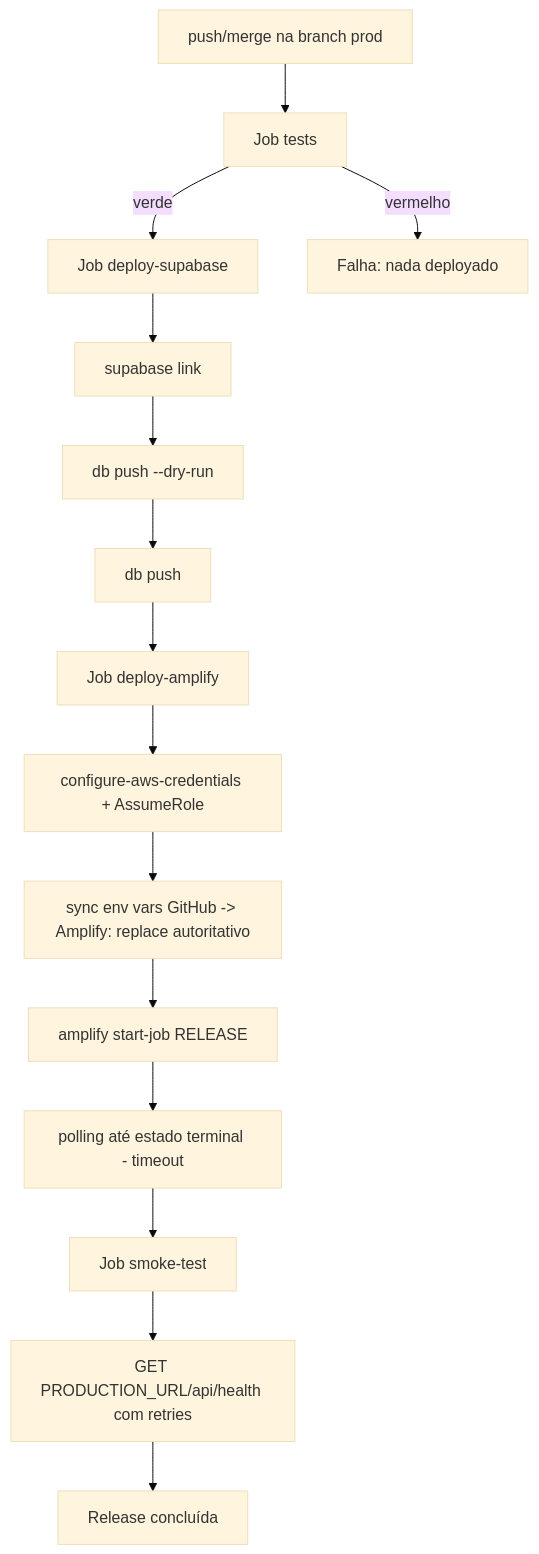
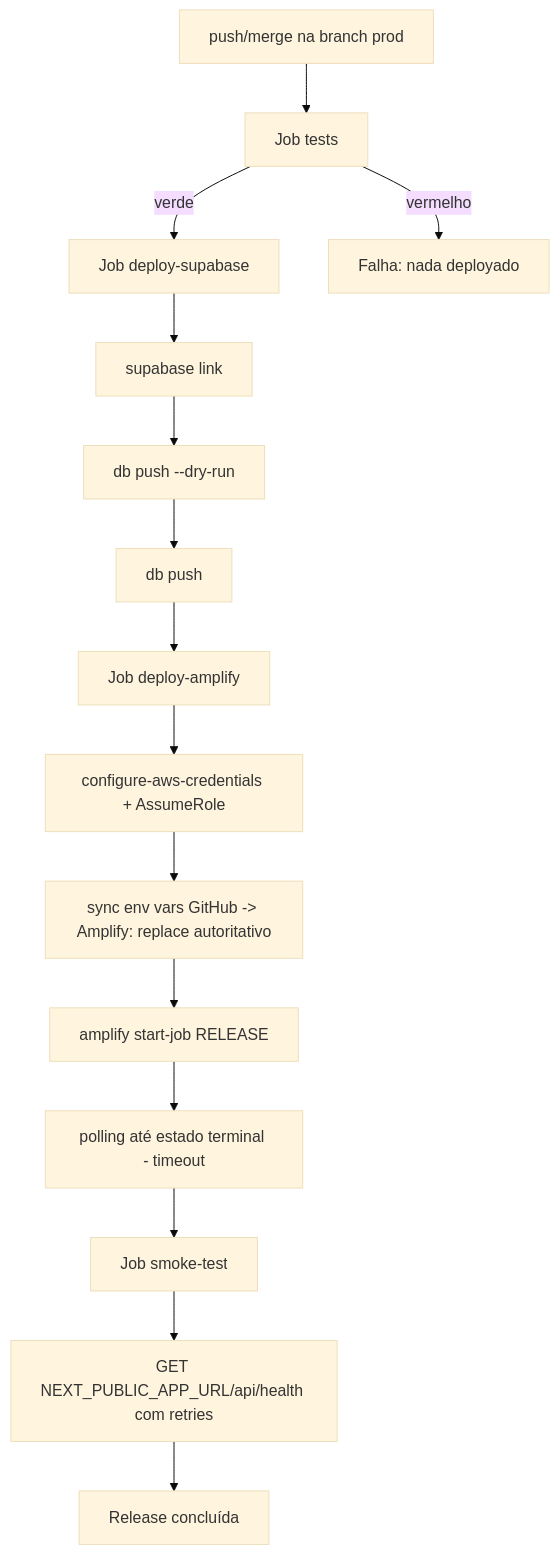
One commit to yaidEnterprise/yaid_dashboard changed the first of 2 diagrams in docs/deployment/production-cicd.md. Above: the diagram before and after it, drawn with Mermaid (base theme). The commit also changed other lines of this file and 6 other files, not shown here.

First line of the commit message:
docs(sprint-change-11): atualiza menções a PRODUCTION_URL e YAID_VERIFICATION_BASE_URL

````diff
--- a/docs/deployment/production-cicd.md
+++ b/docs/deployment/production-cicd.md
@@ -74,17 +74,17 @@
 ```mermaid
 flowchart TD
     A[push/merge na branch prod] --> B[Job tests]
     B -->|verde| C[Job deploy-supabase]
     B -->|vermelho| X[Falha: nada deployado]
     C --> C1[supabase link]
     C1 --> C2[db push --dry-run]
     C2 --> C3[db push]
     C3 --> D[Job deploy-amplify]
     D --> D1[configure-aws-credentials + AssumeRole]
     D1 --> D2[sync env vars GitHub -> Amplify: replace autoritativo]
     D2 --> D3[amplify start-job RELEASE]
     D3 --> D4[polling até estado terminal - timeout]
     D4 --> E[Job smoke-test]
-    E --> E1[GET PRODUCTION_URL/api/health com retries]
+    E --> E1[GET NEXT_PUBLIC_APP_URL/api/health com retries]
     E1 --> F[Release concluída]
 ```
````
